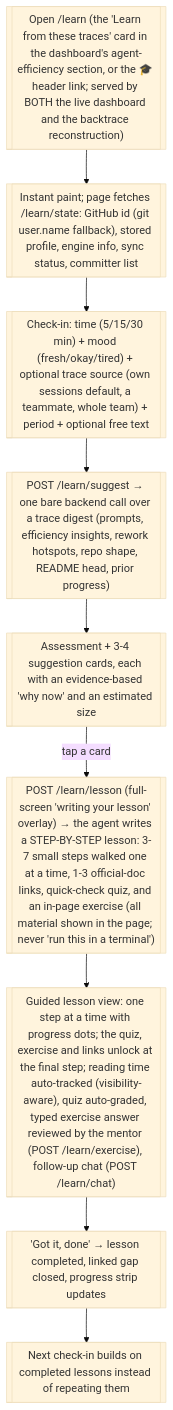
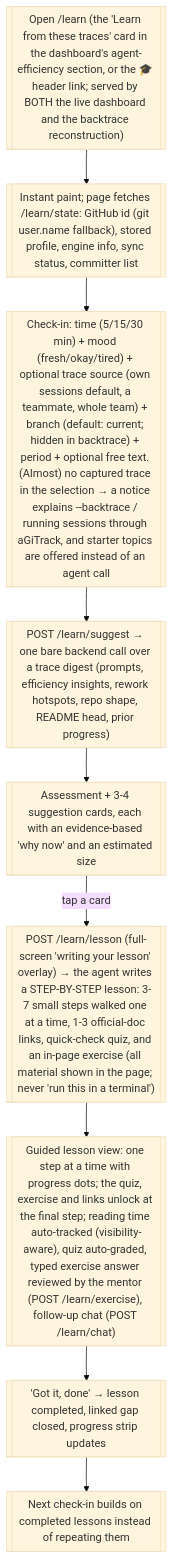
Before and after one commit to core-aix/agitrack: diagram 19 of 19 in docs/user-flow.md, drawn with Mermaid (base theme). The commit also changed 8 other files, not shown here.

````diff
--- a/docs/user-flow.md
+++ b/docs/user-flow.md
@@ -804,11 +804,11 @@
 ```mermaid
 flowchart TD
   open[["Open /learn (the 'Learn from these traces' card in the dashboard's agent-efficiency section, or the 🎓 header link; served by BOTH the live dashboard and the backtrace reconstruction)"]] --> paint[["Instant paint; page fetches /learn/state: GitHub id (git user.name fallback), stored profile, engine info, sync status, committer list"]]
-  paint --> checkin[["Check-in: time (5/15/30 min) + mood (fresh/okay/tired) + optional trace source (own sessions default, a teammate, whole team) + period + optional free text"]]
+  paint --> checkin[["Check-in: time (5/15/30 min) + mood (fresh/okay/tired) + optional trace source (own sessions default, a teammate, whole team) + branch (default: current; hidden in backtrace) + period + optional free text. (Almost) no captured trace in the selection → a notice explains --backtrace / running sessions through aGiTrack, and starter topics are offered instead of an agent call"]]
   checkin --> sugg[["POST /learn/suggest → one bare backend call over a trace digest (prompts, efficiency insights, rework hotspots, repo shape, README head, prior progress)"]]
   sugg --> cards[["Assessment + 3-4 suggestion cards, each with an evidence-based 'why now' and an estimated size"]]
   cards -->|tap a card| lesson[["POST /learn/lesson (full-screen 'writing your lesson' overlay) → the agent writes a STEP-BY-STEP lesson: 3-7 small steps walked one at a time, 1-3 official-doc links, quick-check quiz, and an in-page exercise (all material shown in the page; never 'run this in a terminal')"]]
   lesson --> read[["Guided lesson view: one step at a time with progress dots; the quiz, exercise and links unlock at the final step; reading time auto-tracked (visibility-aware), quiz auto-graded, typed exercise answer reviewed by the mentor (POST /learn/exercise), follow-up chat (POST /learn/chat)"]]
   read --> done[["'Got it, done' → lesson completed, linked gap closed, progress strip updates"]]
   done --> next[["Next check-in builds on completed lessons instead of repeating them"]]
 ```
````
